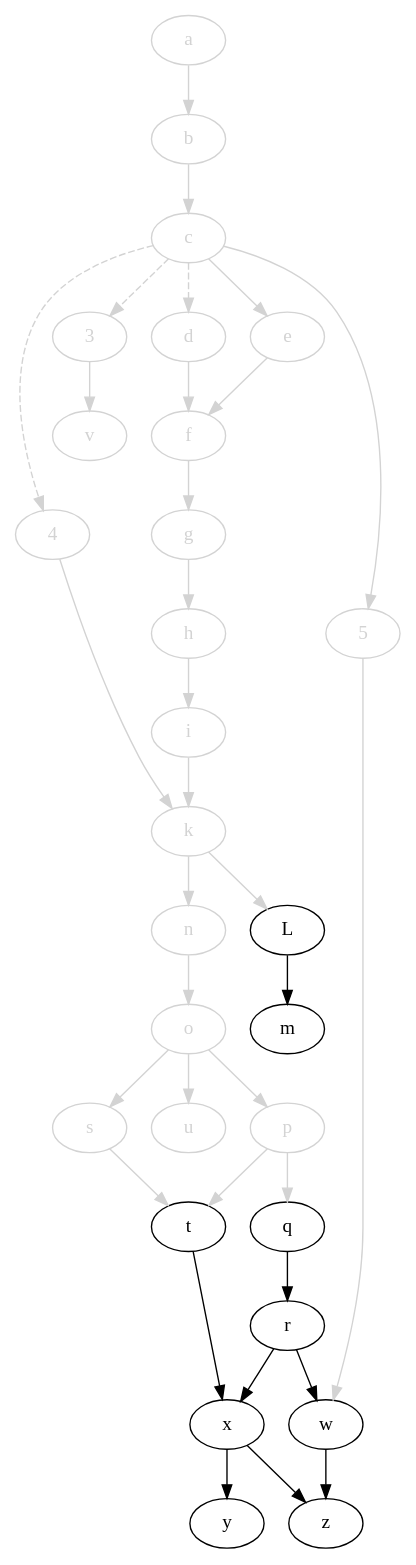
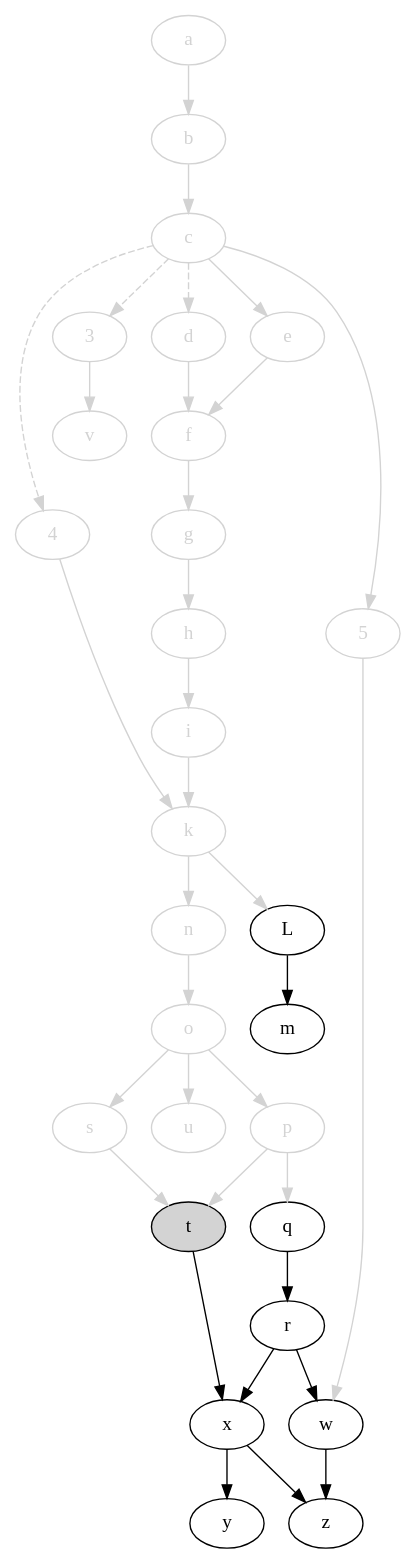
Before and after one commit to jdmpapin/svm-startup-deps: the diagram in svm-startup-deps.dot, drawn with Graphviz. The commit also changed 1 other file, not shown here.

```diff
--- a/svm-startup-deps.dot
+++ b/svm-startup-deps.dot
@@ -1,67 +1,67 @@
 digraph {
     // open: [style=filled,fillcolor=lightgrey]
     // closed: [color=lightgrey,fontcolor=lightgrey]
 
     4 [color=lightgrey,fontcolor=lightgrey];
     3 [color=lightgrey,fontcolor=lightgrey];
     a [color=lightgrey,fontcolor=lightgrey];
     b [color=lightgrey,fontcolor=lightgrey];
     c [color=lightgrey,fontcolor=lightgrey];
     d [color=lightgrey,fontcolor=lightgrey];
     e [color=lightgrey,fontcolor=lightgrey];
     f [color=lightgrey,fontcolor=lightgrey];
     g [color=lightgrey,fontcolor=lightgrey];
     h [color=lightgrey,fontcolor=lightgrey];
     i [color=lightgrey,fontcolor=lightgrey];
     k [color=lightgrey,fontcolor=lightgrey];
     L;
     m;
     5 [color=lightgrey,fontcolor=lightgrey];
     n [color=lightgrey,fontcolor=lightgrey];
     o [color=lightgrey,fontcolor=lightgrey];
     p [color=lightgrey,fontcolor=lightgrey];
     q;
     r;
     s [color=lightgrey,fontcolor=lightgrey];
-    t;
+    t [style=filled,fillcolor=lightgrey];
     u [color=lightgrey,fontcolor=lightgrey];
     v [color=lightgrey,fontcolor=lightgrey];
     w;
     x;
     y;
     z;
 
     4 -> k [color=lightgrey];
     c -> 4 [style=dashed,color=lightgrey];
     c -> 3 [style=dashed,color=lightgrey];
     c -> d [style=dashed,color=lightgrey];
     3 -> v [color=lightgrey];
     a -> b [color=lightgrey];
     b -> c [color=lightgrey];
     c -> e [color=lightgrey];
     c -> 5 [color=lightgrey];
     d -> f [color=lightgrey];
     e -> f [color=lightgrey];
     f -> g [color=lightgrey];
     g -> h [color=lightgrey];
     h -> i [color=lightgrey];
     i -> k [color=lightgrey];
     k -> L [color=lightgrey];
     L -> m;
     k -> n [color=lightgrey];
     n -> o [color=lightgrey];
     o -> p [color=lightgrey];
     p -> q [color=lightgrey];
     q -> r;
     o -> s [color=lightgrey];
     s -> t [color=lightgrey];
     p -> t [color=lightgrey];
     o -> u [color=lightgrey];
     5 -> w [color=lightgrey];
     r -> w;
     t -> x;
     r -> x;
     x -> y;
     x -> z;
     w -> z;
 }
```
